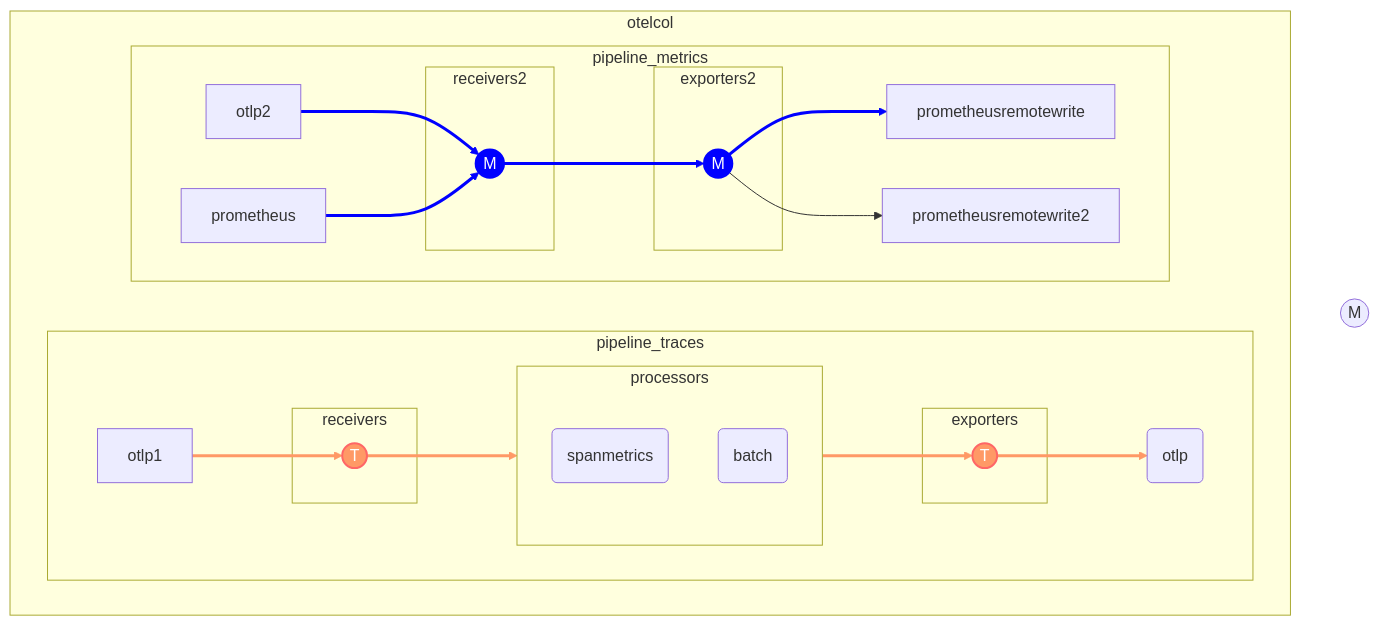
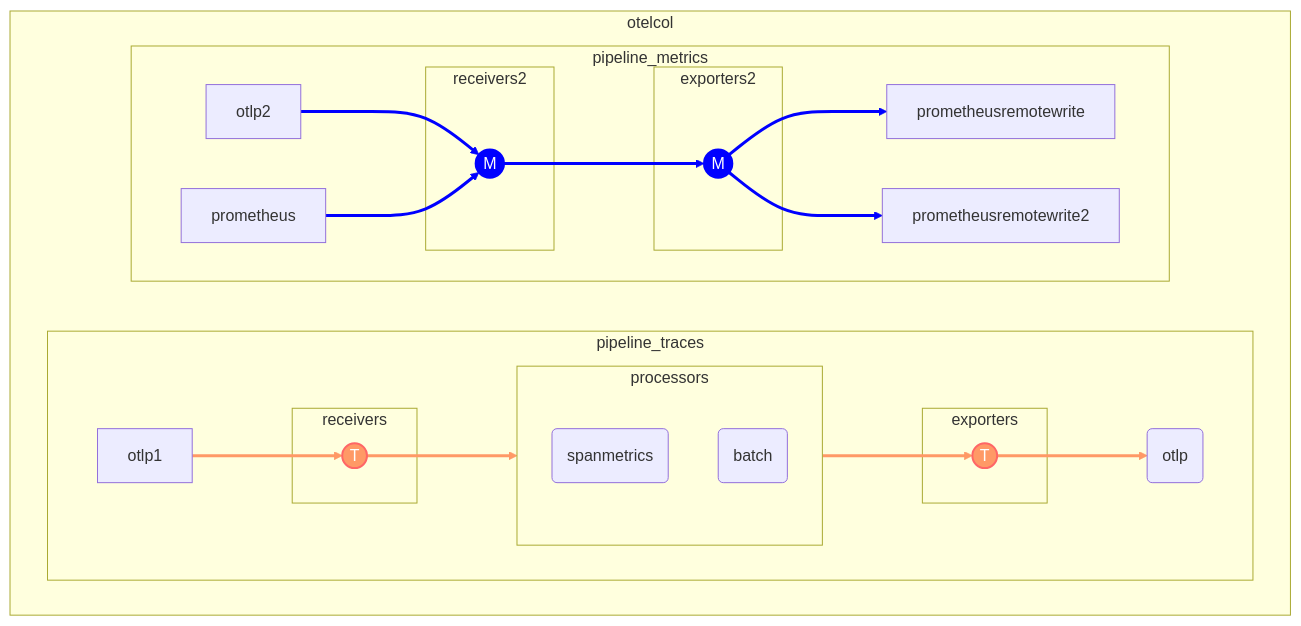
The diagram in docs/ideas/otelcol-mermaid.md (devrimdemiroz/devrimdemiroz.github.io), drawn with Mermaid before and after one commit.

Commit message:
otelcol yaml blues

````diff
--- a/docs/ideas/otelcol-mermaid.md
+++ b/docs/ideas/otelcol-mermaid.md
@@ -22,51 +22,51 @@
 ```mermaid
 flowchart TD
 
 classDef tclass fill:#f96,stroke:#f66,stroke-width:2px,color:#fff
 classDef mclass fill:blue,stroke:blue,stroke-width:2px,color:#fff
 
 te(otlp)
 subgraph otelcol
 direction LR
-subgraph pipeline_traces
-    direction LR
-    subgraph receivers
-            
-            T1((T)):::tclass
+    subgraph pipeline_traces
+        direction LR
+        subgraph receivers
+                
+                T1((T)):::tclass
+                
+        end
+        subgraph processors
+                tp1(spanmetrics)
+                tp2(batch)
+        end
+        subgraph exporters
+                T2((T)):::tclass
+                
+                
+        end
+            otlp1-->T1-->processors-->T2-->te
+            linkStyle 0,1,2,3 stroke:#f96,stroke-width:3px,color:orange;
             
     end
-    subgraph processors
-            tp1(spanmetrics)
-            tp2(batch)
-    end
-    subgraph exporters
-            T2((T)):::tclass
-            
+         
+    subgraph pipeline_metrics
+        direction LR
+        subgraph receivers2
+                
+                M1((M)):::mclass
+                
+        end
+    
+        subgraph exporters2
+                M2((M)):::mclass
+                
+                
+        end
+            otlp2 & prometheus -->M1-->M2-->prometheusremotewrite & prometheusremotewrite2
+            linkStyle 4,5,6,7,8 stroke:blue,stroke-width:3px,color:blue;
             
     end
-        otlp1-->T1-->processors-->T2-->te
-        linkStyle 0,1,2,3 stroke:#f96,stroke-width:3px,color:orange;
-        
-end
-     
-subgraph pipeline_metrics
-    direction LR
-    subgraph receivers2
-            
-            M1((M)):::mclass
-            
-    end
-
-    subgraph exporters2
-            M2((M)):::mclass
-            
-            
-    end
-        otlp2 & prometheus -->M1-->M2-->prometheusremotewrite & prometheusremotewrite2
-        linkStyle 4,5,6,7 stroke:blue,stroke-width:3px,color:blue;
-        
-end
 end
 
-    metrics((M))
+    
 ```
````
